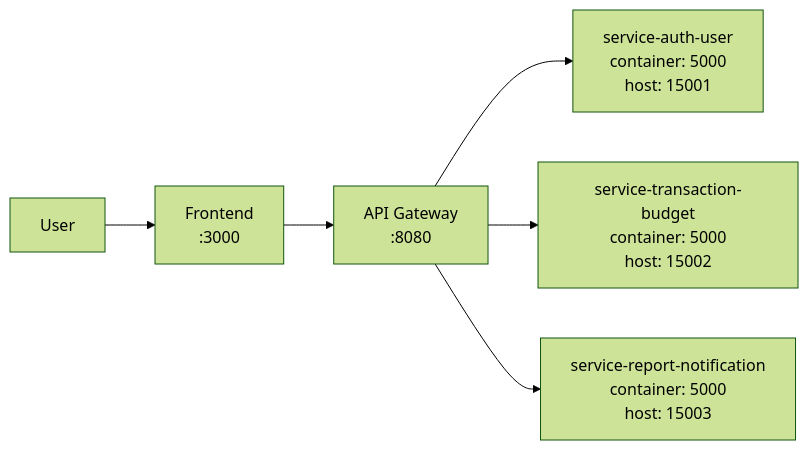
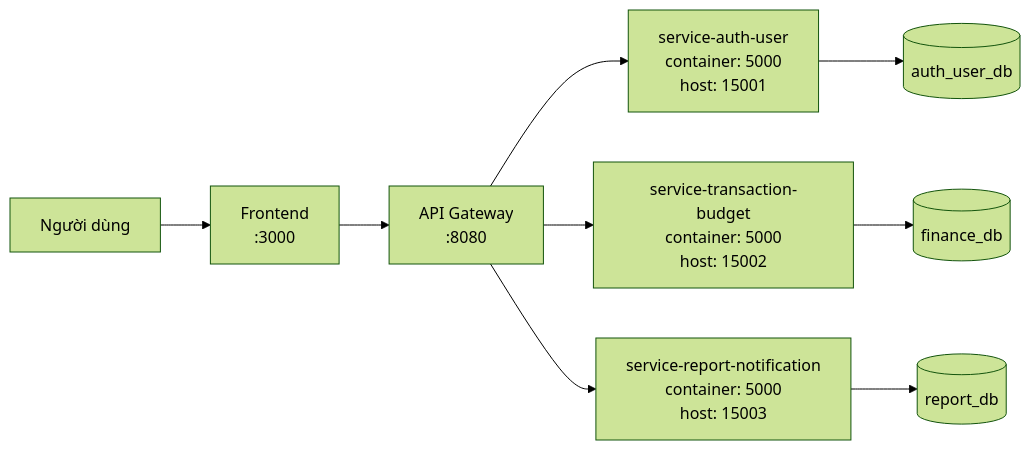
The diagram in docs/architecture.md (iAmKo0L/Personal-Finance), drawn with Mermaid (forest theme) before and after one commit. The commit also changed other lines of this file and 3 other files, not shown here.

````diff
--- a/docs/architecture.md
+++ b/docs/architecture.md
@@ -7,8 +68,11 @@
 ```mermaid
 graph LR
-    U[User] --> FE["Frontend<br/>:3000"]
+    U[Người dùng] --> FE["Frontend<br/>:3000"]
     FE --> GW["API Gateway<br/>:8080"]
     GW --> AU["service-auth-user<br/>container: 5000<br/>host: 15001"]
     GW --> TB["service-transaction-budget<br/>container: 5000<br/>host: 15002"]
     GW --> RN["service-report-notification<br/>container: 5000<br/>host: 15003"]
+    AU --> DB1[(auth_user_db)]
+    TB --> DB2[(finance_db)]
+    RN --> DB3[(report_db)]
 ```
````
